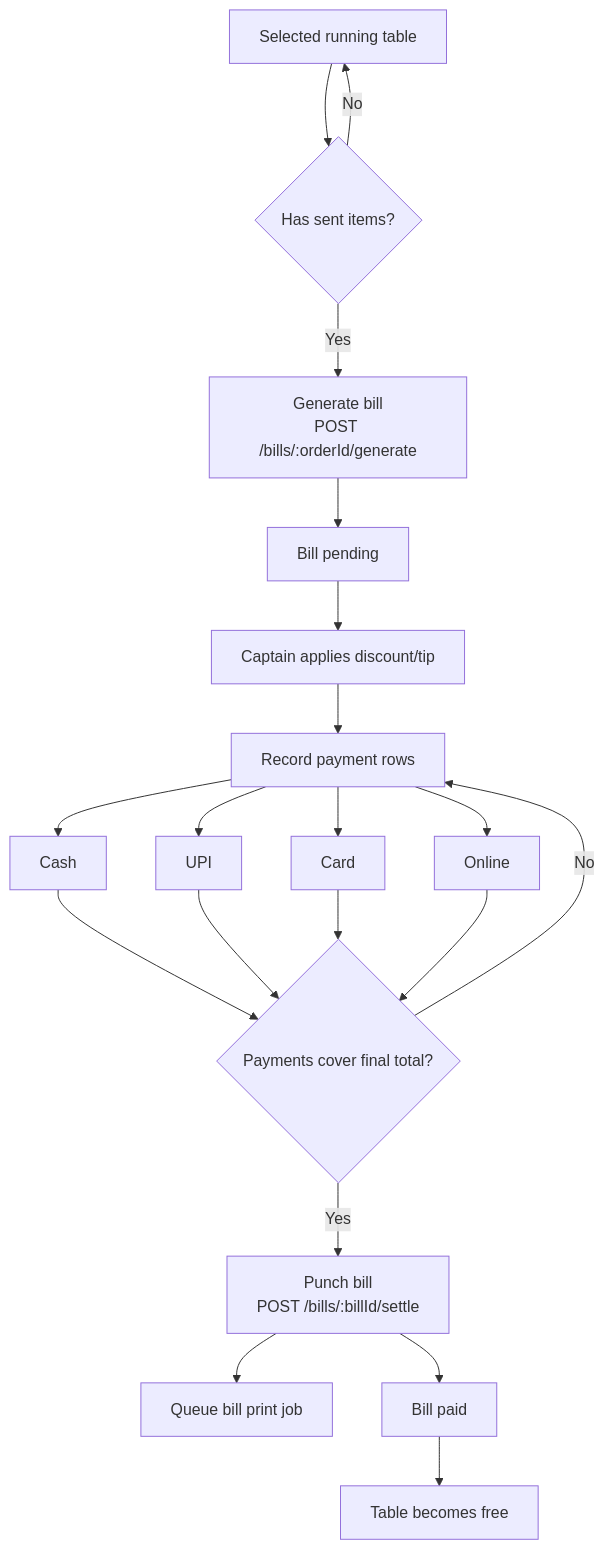
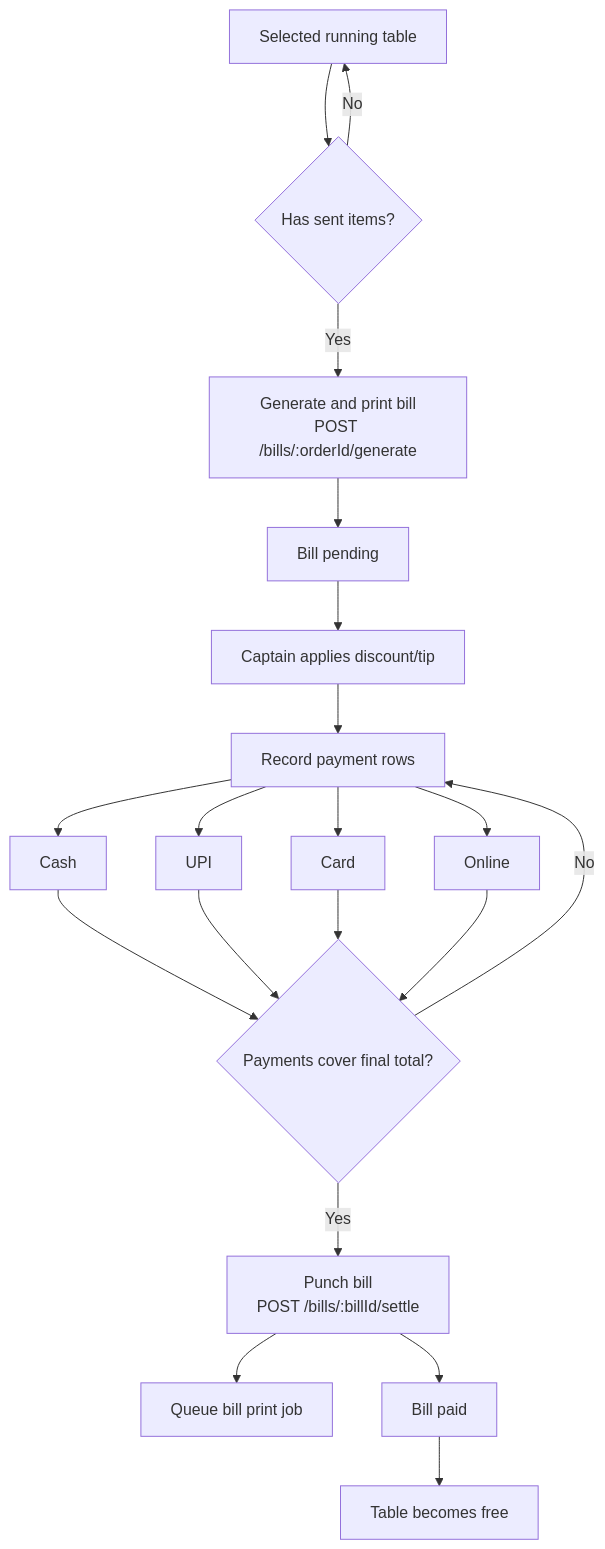
One commit to shubham909090/Open-POS changed the ninth of 17 diagrams in flowchart.md. Above: the diagram before and after it, drawn with Mermaid. The commit also changed 42 other files, not shown here.

````diff
--- a/flowchart.md
+++ b/flowchart.md
@@ -273,38 +273,38 @@
 ```mermaid
 flowchart TD
   Table["Selected running table"]
   SentItems{"Has sent items?"}
-  Generate["Generate bill<br/>POST /bills/:orderId/generate"]
+  Generate["Generate and print bill<br/>POST /bills/:orderId/generate"]
   PendingBill["Bill pending"]
   Adjust["Captain applies discount/tip"]
   PayChoice["Record payment rows"]
   Cash["Cash"]
   UPI["UPI"]
   Card["Card"]
   Online["Online"]
   Covered{"Payments cover final total?"}
   Punch["Punch bill<br/>POST /bills/:billId/settle"]
   PrintBill["Queue bill print job"]
   Paid["Bill paid"]
   FreeTable["Table becomes free"]
 
   Table --> SentItems
   SentItems -- "No" --> Table
   SentItems -- "Yes" --> Generate
   Generate --> PendingBill
   PendingBill --> Adjust
   Adjust --> PayChoice
   PayChoice --> Cash
   PayChoice --> UPI
   PayChoice --> Card
   PayChoice --> Online
   Cash --> Covered
   UPI --> Covered
   Card --> Covered
   Online --> Covered
   Covered -- "No" --> PayChoice
   Covered -- "Yes" --> Punch
   Punch --> PrintBill
   Punch --> Paid
   Paid --> FreeTable
 ```
````
